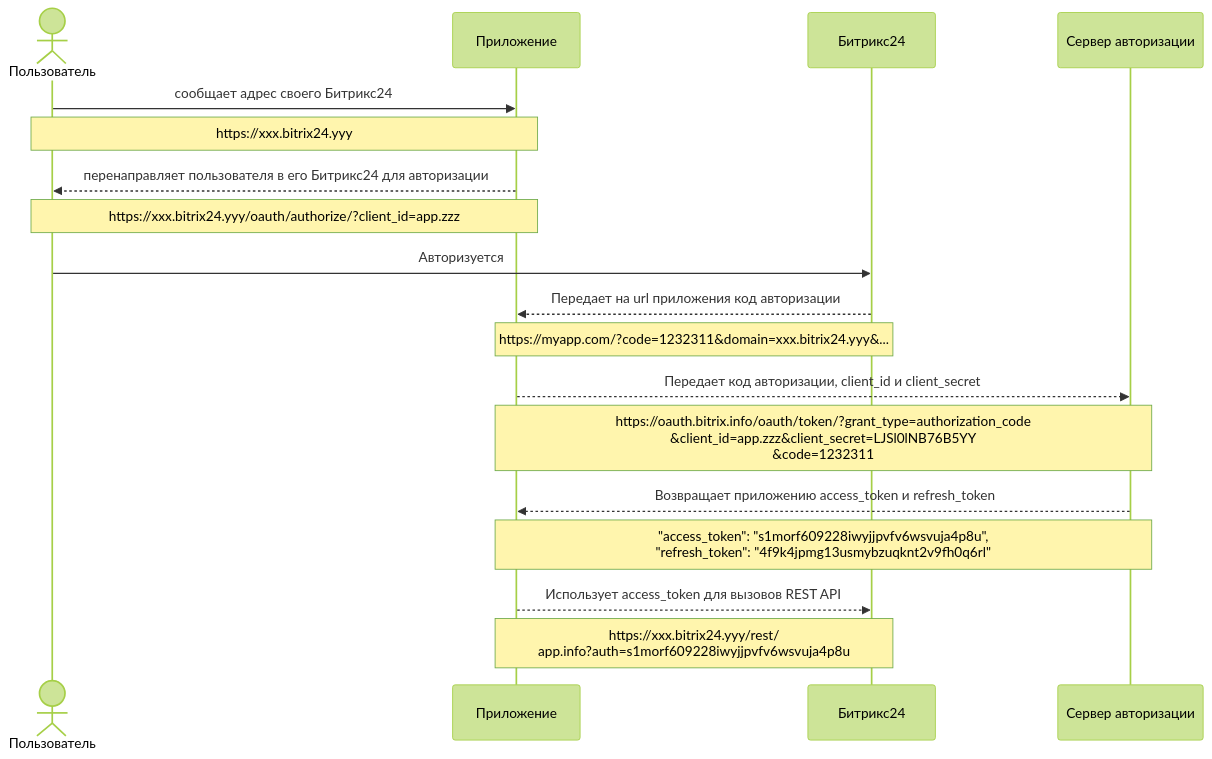
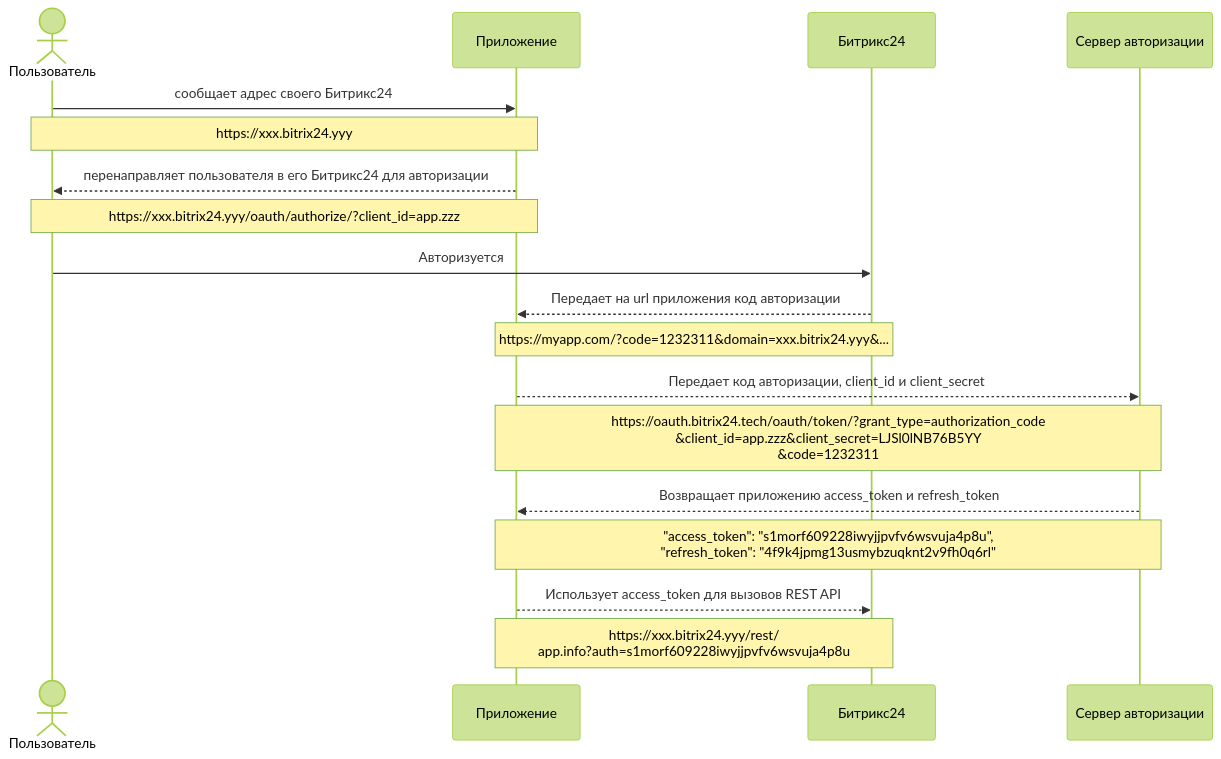
Before and after one commit to bitrix-tools/b24-rest-docs: the diagram in api-reference/oauth/index.md, drawn with Mermaid. The commit also changed other lines of this file and 138 other files, not shown here.

````diff
--- a/api-reference/oauth/index.md
+++ b/api-reference/oauth/index.md
@@ -24,18 +24,18 @@
 ```mermaid
 %%{init: { "theme": "forest" } }%%
 sequenceDiagram
     actor Пользователь
     Пользователь->>Приложение: сообщает адрес своего Битрикс24
     Note over Пользователь,Приложение: https://xxx.bitrix24.yyy
     Приложение-->>Пользователь: перенаправляет пользователя в его Битрикс24 для авторизации
     Note over Пользователь,Приложение: https://xxx.bitrix24.yyy/oauth/authorize/?client_id=app.zzz
     Пользователь->>Битрикс24: Авторизуется
     Битрикс24-->>Приложение: Передает на url приложения код авторизации
     Note over Битрикс24,Приложение: https://myapp.com/?code=1232311&domain=xxx.bitrix24.yyy&...
     Приложение-->>Сервер авторизации: Передает код авторизации, client_id и client_secret
-    Note over Приложение,Сервер авторизации: https://oauth.bitrix.info/oauth/token/?grant_type=authorization_code<br/>&client_id=app.zzz&client_secret=LJSl0lNB76B5YY<br/>&code=1232311
+    Note over Приложение,Сервер авторизации: https://oauth.bitrix24.tech/oauth/token/?grant_type=authorization_code<br/>&client_id=app.zzz&client_secret=LJSl0lNB76B5YY<br/>&code=1232311
     Сервер авторизации-->>Приложение: Возвращает приложению access_token и refresh_token
     Note over Сервер авторизации,Приложение: "access_token": "s1morf609228iwyjjpvfv6wsvuja4p8u",<br/>"refresh_token": "4f9k4jpmg13usmybzuqknt2v9fh0q6rl"
     Приложение-->>Битрикс24: Использует access_token для вызовов REST API
     Note over Приложение,Битрикс24: https://xxx.bitrix24.yyy/rest/<br/>app.info?auth=s1morf609228iwyjjpvfv6wsvuja4p8u
 ```
````
